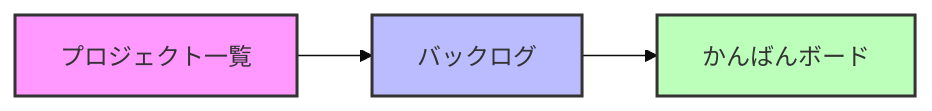
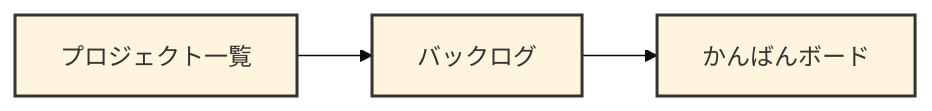
One commit to rexwangyi/gira changed the diagram in doc/detail-design/backlog.md. Above: the diagram before and after it, drawn with Mermaid (base theme). The commit also changed other lines of this file and 14 other files, not shown here.

````diff
--- a/doc/detail-design/backlog.md
+++ b/doc/detail-design/backlog.md
@@ -16,9 +16,9 @@
 ```mermaid
 graph LR
     A[プロジェクト一覧] --> B[バックログ]
     B --> C[かんばんボード]
 
-    style A fill:#f9f,stroke:#333,stroke-width:2px
-    style B fill:#bbf,stroke:#333,stroke-width:2px
-    style C fill:#bfb,stroke:#333,stroke-width:2px
+    style A stroke:#333,stroke-width:2px
+    style B stroke:#333,stroke-width:2px
+    style C stroke:#333,stroke-width:2px
 ```
````
